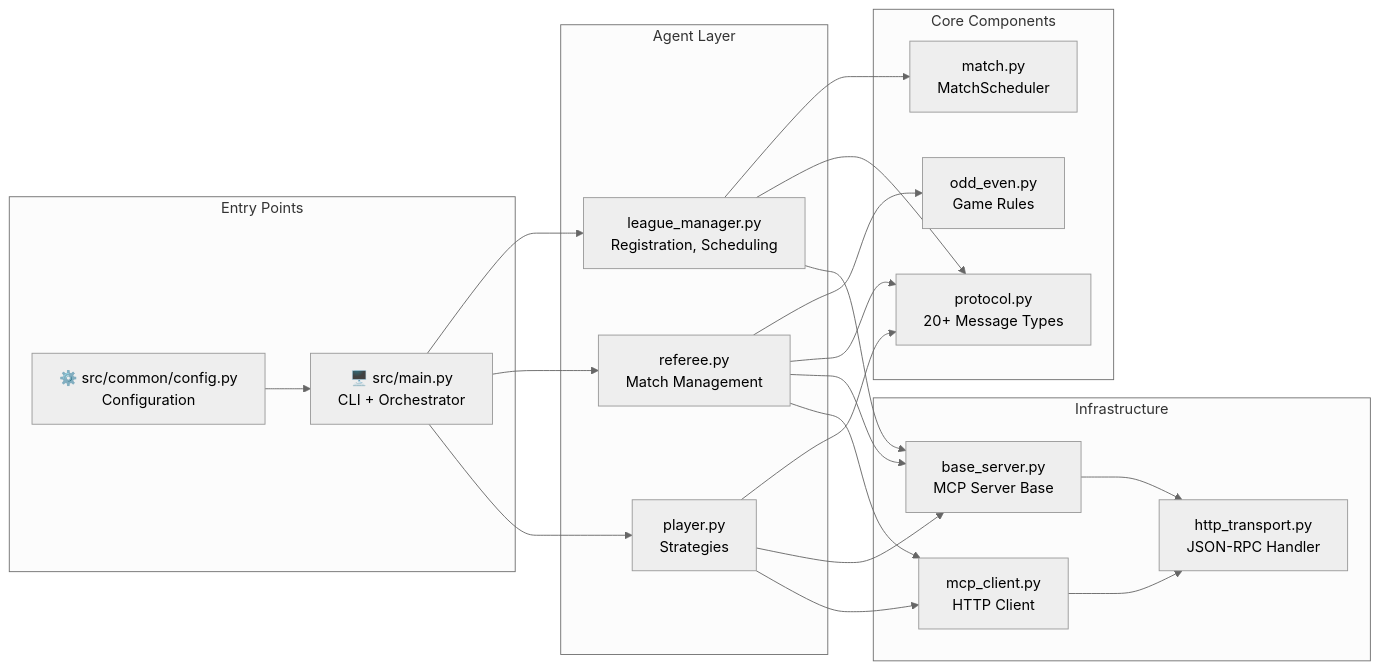
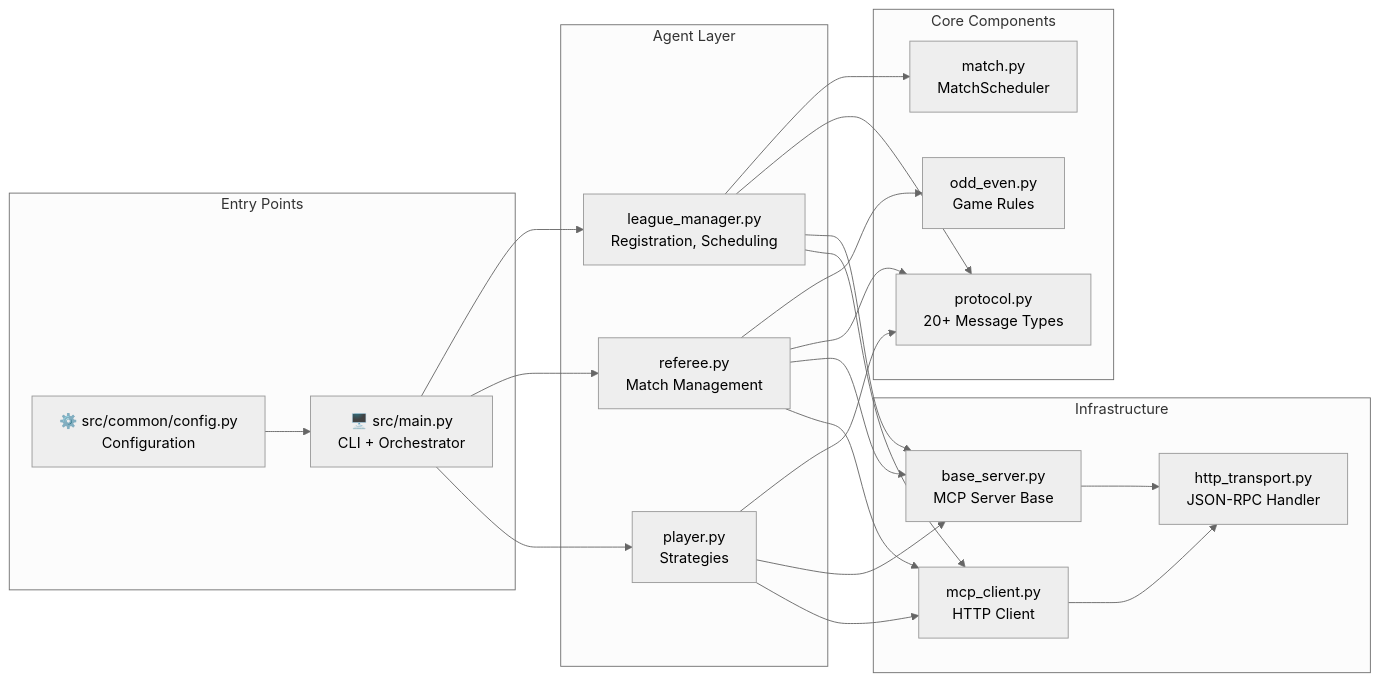
Before and after one commit to fouada/Assignment7_mcp-multi-agent-game: the fourth of 19 diagrams in README.md, drawn with Mermaid (neutral theme). The commit also changed other lines of this file and 2 other files, not shown here.

````diff
--- a/README.md
+++ b/README.md
@@ -160,46 +160,47 @@
 ```mermaid
 flowchart LR
     subgraph External["Entry Points"]
         CLI[🖥️ src/main.py<br/>CLI + Orchestrator]
         CFG[⚙️ src/common/config.py<br/>Configuration]
     end
     
     subgraph Agents["Agent Layer"]
         LM[league_manager.py<br/>Registration, Scheduling]
         REF[referee.py<br/>Match Management]
         PLAYER[player.py<br/>Strategies]
     end
     
     subgraph Core["Core Components"]
         PROTO[protocol.py<br/>20+ Message Types]
         MATCH[match.py<br/>MatchScheduler]
         GAME[odd_even.py<br/>Game Rules]
     end
     
     subgraph Infra["Infrastructure"]
         BASE[base_server.py<br/>MCP Server Base]
         MCP[mcp_client.py<br/>HTTP Client]
         TRANSPORT[http_transport.py<br/>JSON-RPC Handler]
     end
     
     CLI --> LM
     CLI --> REF
     CLI --> PLAYER
     CFG --> CLI
     
     LM --> MATCH
     LM --> PROTO
     LM --> BASE
+    LM --> MCP
     
     REF --> GAME
     REF --> PROTO
     REF --> BASE
     REF --> MCP
     
     PLAYER --> PROTO
     PLAYER --> BASE
     PLAYER --> MCP
     
     BASE --> TRANSPORT
     MCP --> TRANSPORT
 ```
````
